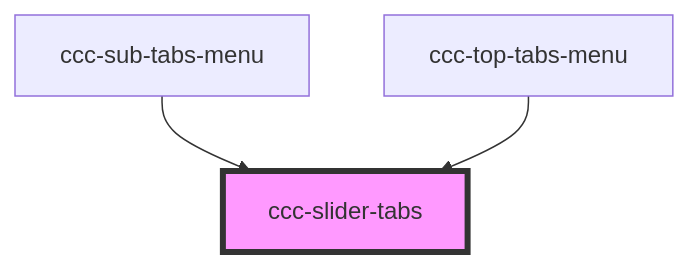
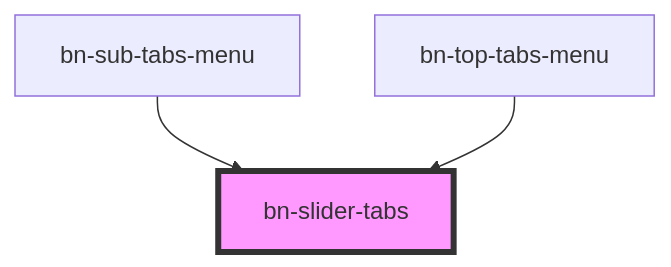
Before and after one commit to BioforestChain/web-components: the diagram in core/src/components/slider/readme.md, drawn with Mermaid. The commit also changed other lines of this file and 234 other files, not shown here.

````diff
--- a/core/src/components/slider/readme.md
+++ b/core/src/components/slider/readme.md
@@ -99,6 +99,6 @@
 ```mermaid
 graph TD;
-  ccc-sub-tabs-menu --> ccc-slider-tabs
-  ccc-top-tabs-menu --> ccc-slider-tabs
-  style ccc-slider-tabs fill:#f9f,stroke:#333,stroke-width:4px
+  bn-sub-tabs-menu --> bn-slider-tabs
+  bn-top-tabs-menu --> bn-slider-tabs
+  style bn-slider-tabs fill:#f9f,stroke:#333,stroke-width:4px
 ```
````
